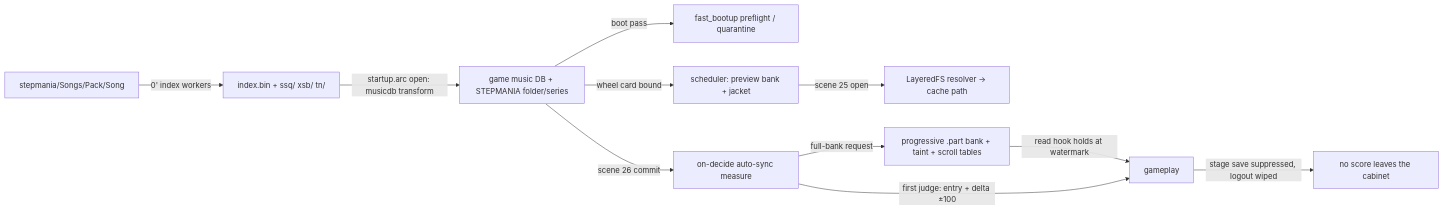
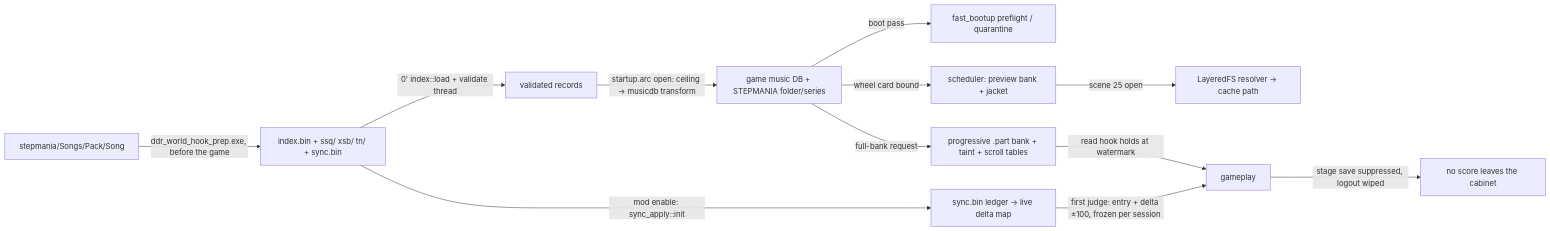
The fourth of 4 diagrams in .agents/summary/architecture.md (skogaby/ddr-world-universal-modpack), drawn with Mermaid before and after one commit. The commit also changed other lines of this file and 94 other files, not shown here.

Commit message:
Adding a pre-indexer tool for StepMania songs, to keep song indexing and sync calculation out of the hot paths of game execution. Added scripts and runbooks for porting characters and stages from some Jojo's Bizarre Adventure games for PS4 (assets uncommitted)

````diff
--- a/.agents/summary/architecture.md
+++ b/.agents/summary/architecture.md
@@ -125,13 +124,14 @@
 ```mermaid
 flowchart LR
-    DROP[stepmania/Songs/Pack/Song] -->|0' index workers| IDX[index.bin + ssq/ xsb/ tn/]
-    IDX -->|startup.arc open: musicdb transform| DB[game music DB + STEPMANIA folder/series]
+    DROP[stepmania/Songs/Pack/Song] -->|ddr_world_hook_prep.exe, before the game| IDX[index.bin + ssq/ xsb/ tn/ + sync.bin]
+    IDX -->|0' index::load + validate thread| VAL[validated records]
+    VAL -->|startup.arc open: ceiling → musicdb transform| DB[game music DB + STEPMANIA folder/series]
     DB -->|boot pass| FB[fast_bootup preflight / quarantine]
     DB -->|wheel card bound| SCH[scheduler: preview bank + jacket]
     SCH -->|scene 25 open| RES[LayeredFS resolver → cache path]
-    DB -->|scene 26 commit| DEC[on-decide auto-sync measure]
-    DEC -->|full-bank request| PROG[progressive .part bank + taint + scroll tables]
+    IDX -->|mod enable: sync_apply::init| LED[sync.bin ledger → live delta map]
+    DB -->|full-bank request| PROG[progressive .part bank + taint + scroll tables]
     PROG -->|read hook holds at watermark| PLAY[gameplay]
-    DEC -->|first judge: entry + delta ±100| PLAY
+    LED -->|first judge: entry + delta ±100, frozen per session| PLAY
     PLAY -->|stage save suppressed, logout wiped| SAVE[no score leaves the cabinet]
 ```
````
